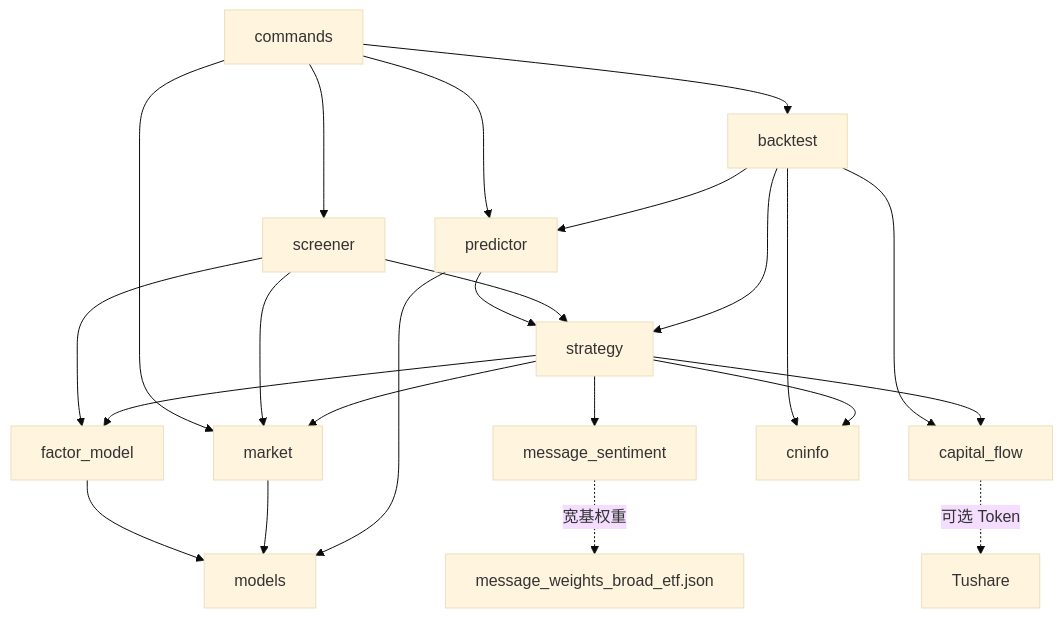
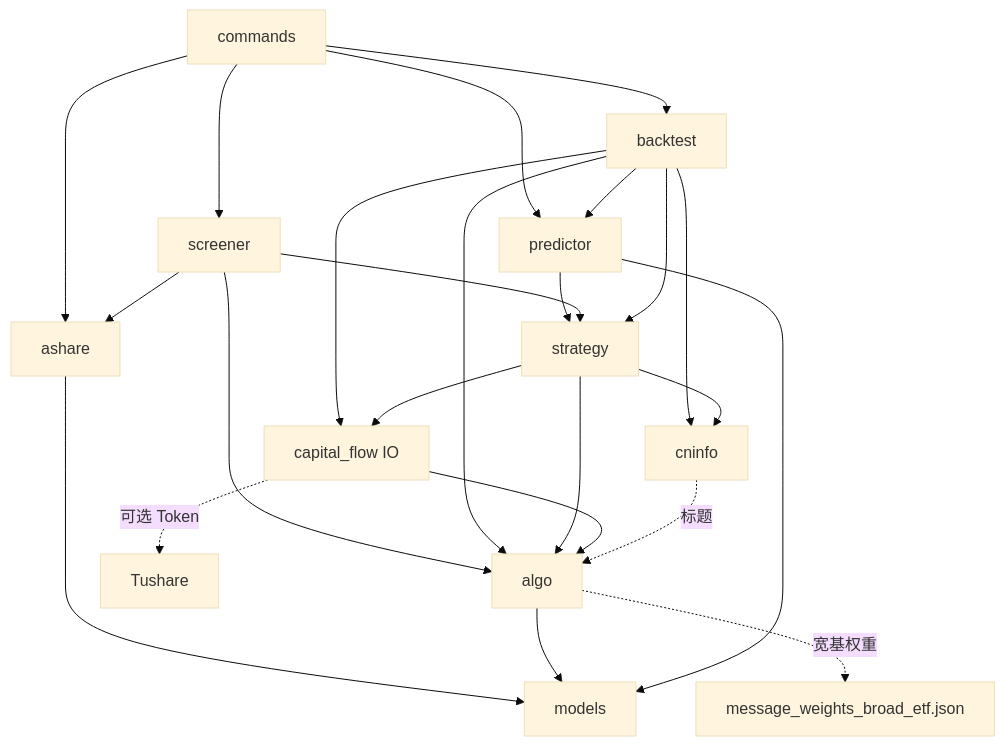
Before and after one commit to wuyanwen1997-wyw/stock-predict: the third of 18 diagrams in docs/软件设计说明.md, drawn with Mermaid (base theme). The commit also changed other lines of this file and 10 other files, not shown here.

````diff
--- a/docs/软件设计说明.md
+++ b/docs/软件设计说明.md
@@ -117,37 +134,37 @@
 ```mermaid
 flowchart TB
     CMD[commands]
     PRED[predictor]
     STR[strategy]
     BT[backtest]
     SCR[screener]
-    FAC[factor_model]
-    MSG[message_sentiment]
-    CAP[capital_flow]
-    MKT[market]
+    ALGO[algo]
+    ASH[ashare]
     CNI[cninfo]
+    CAPIO[capital_flow IO]
     MOD[models]
 
-    CMD --> MKT
+    CMD --> ASH
     CMD --> PRED
     CMD --> BT
     CMD --> SCR
     PRED --> STR
     SCR --> STR
-    SCR --> MKT
-    SCR --> FAC
+    SCR --> ASH
+    SCR --> ALGO
     BT --> PRED
     BT --> STR
     BT --> CNI
-    BT --> CAP
-    STR --> FAC
-    STR --> MSG
-    STR --> CAP
+    BT --> CAPIO
+    BT --> ALGO
+    STR --> ALGO
     STR --> CNI
-    STR --> MKT
-    FAC --> MOD
-    MKT --> MOD
+    STR --> CAPIO
+    CAPIO --> ALGO
+    CNI -.->|标题| ALGO
+    ASH --> MOD
+    ALGO --> MOD
     PRED --> MOD
-    CAP -.->|可选 Token| TUSHARE[Tushare]
-    MSG -.->|宽基权重| WJSON[message_weights_broad_etf.json]
+    CAPIO -.->|可选 Token| TUSHARE[Tushare]
+    ALGO -.->|宽基权重| WJSON[message_weights_broad_etf.json]
 ```
````
